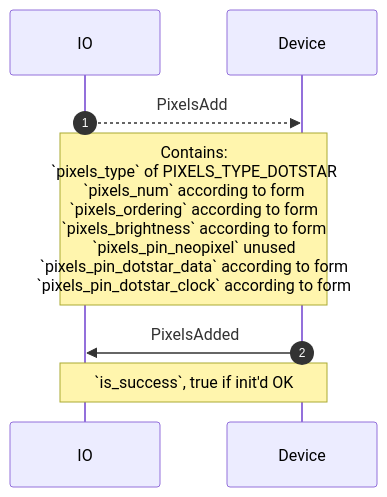
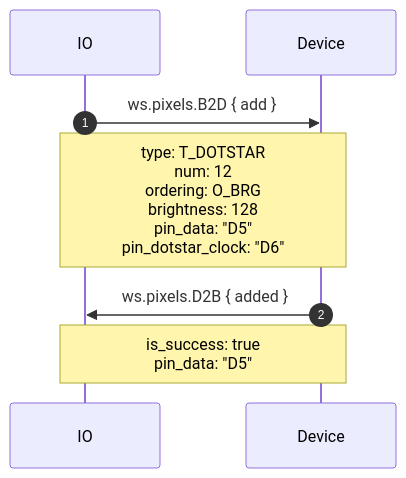
One commit to adafruit/Wippersnapper_Protobuf changed the sixth of 10 diagrams in proto/wippersnapper/docs/pixels.md. Above: the diagram before and after it, drawn with Mermaid. The commit also changed other lines of this file and 10 other files, not shown here.

````diff
--- a/proto/wippersnapper/docs/pixels.md
+++ b/proto/wippersnapper/docs/pixels.md
@@ -70,8 +130,9 @@
 ```mermaid
 sequenceDiagram
 autonumber
-IO-->>Device: PixelsAdd
-Note over IO, Device: Contains:<br> `pixels_type` of PIXELS_TYPE_DOTSTAR<br>`pixels_num` according to form<br>`pixels_ordering` according to form<br> `pixels_brightness` according to form <br>`pixels_pin_neopixel` unused<br> `pixels_pin_dotstar_data` according to form<br>`pixels_pin_dotstar_clock` according to form
-Device->>IO: PixelsAdded
-Note over Device,IO: `is_success`, true if init'd OK
+IO->>Device: ws.pixels.B2D { add }
+Note over IO, Device: type: T_DOTSTAR<br/>num: 12<br/>ordering: O_BRG<br/>brightness: 128<br/>pin_data: "D5"<br/>pin_dotstar_clock: "D6"
+
+Device->>IO: ws.pixels.D2B { added }
+Note over Device,IO: is_success: true<br/>pin_data: "D5"
 ```
````
